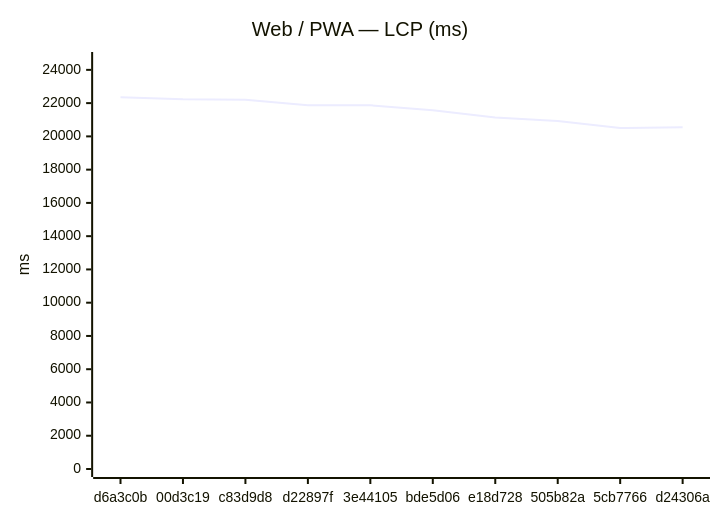
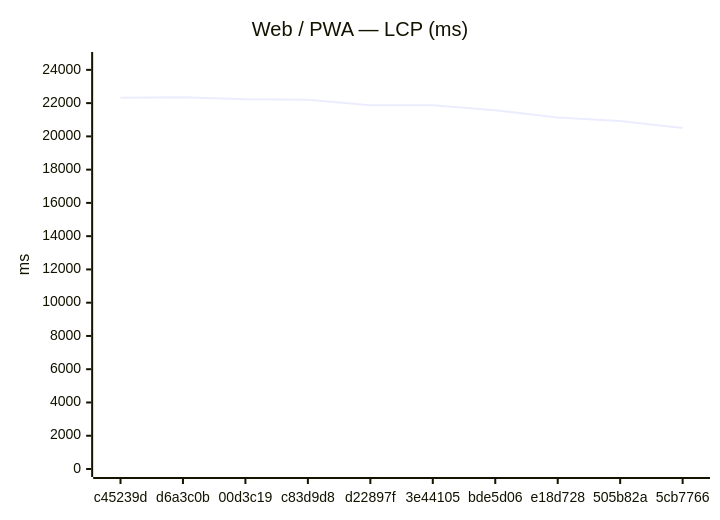
Before and after one commit to Metaheurist/Rianell: the first of 18 diagrams in benchmarks/compare.md, drawn with Mermaid. The commit also changed other lines of this file and 11 other files, not shown here.

````diff
--- a/benchmarks/compare.md
+++ b/benchmarks/compare.md
@@ -24,7 +24,7 @@
 ```mermaid
 xychart-beta
     title "Web / PWA — LCP (ms)"
-    x-axis ["d6a3c0b", "00d3c19", "c83d9d8", "d22897f", "3e44105", "bde5d06", "e18d728", "505b82a", "5cb7766", "d24306a"]
+    x-axis ["c45239d", "d6a3c0b", "00d3c19", "c83d9d8", "d22897f", "3e44105", "bde5d06", "e18d728", "505b82a", "5cb7766"]
     y-axis "ms" 0 --> 24593
-    line [22357, 22240, 22209, 21878, 21870, 21566, 21132, 20925, 20504, 20549]
+    line [22326, 22357, 22240, 22209, 21878, 21870, 21566, 21132, 20925, 20504]
 ```
````
